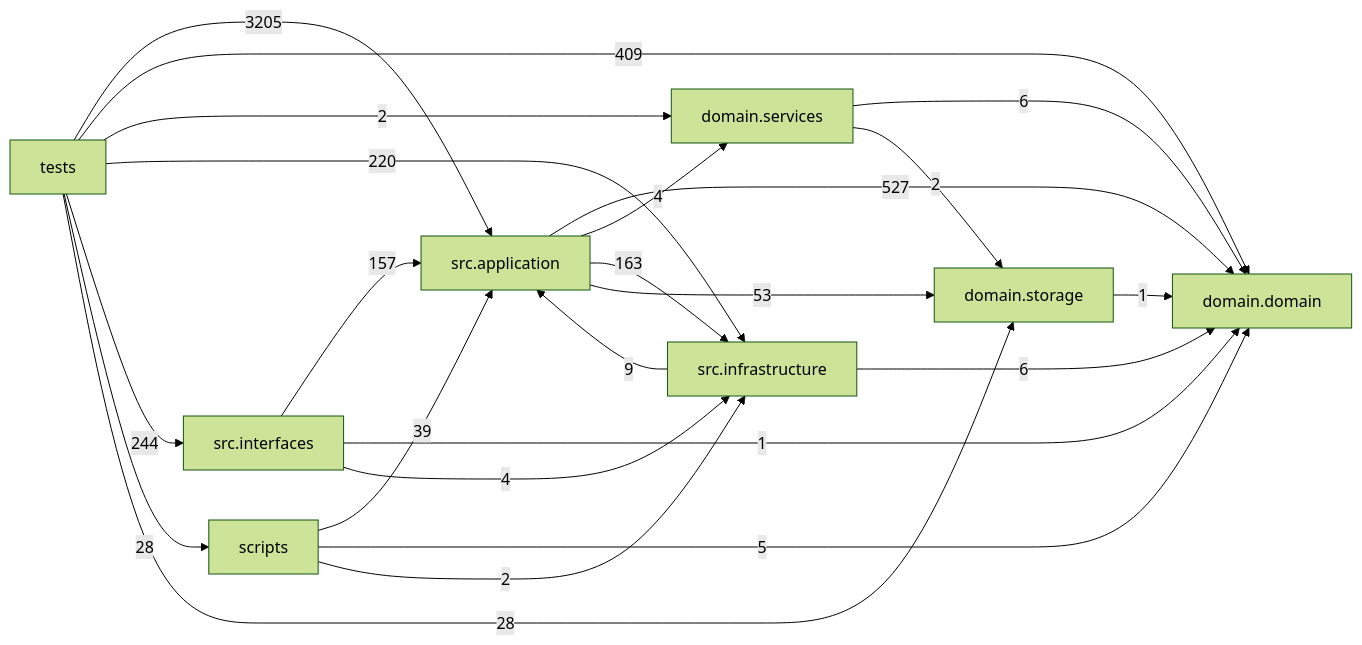
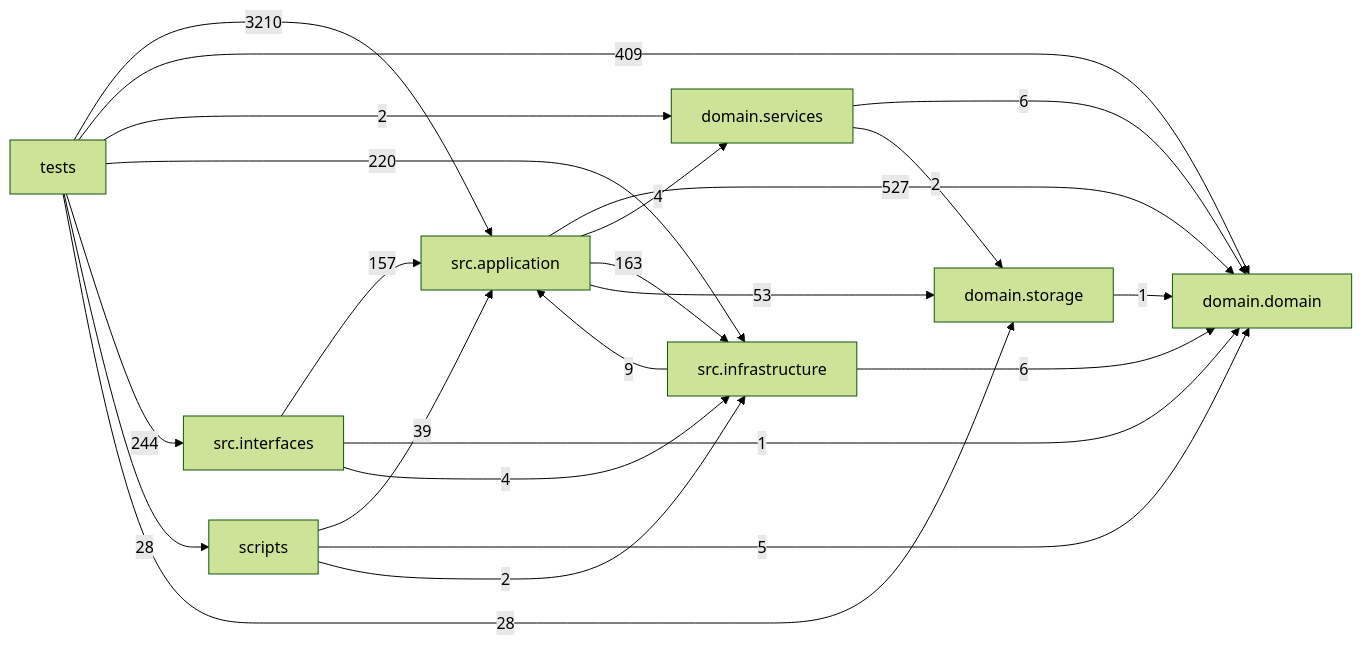
One commit to liuxie066/options-monitor changed the diagram in docs/DEPENDENCY_GRAPH.md. Above: the diagram before and after it, drawn with Mermaid (forest theme). The commit also changed other lines of this file and 3 other files, not shown here.

````diff
--- a/docs/DEPENDENCY_GRAPH.md
+++ b/docs/DEPENDENCY_GRAPH.md
@@ -24,33 +24,33 @@
 ```mermaid
 flowchart LR
   tests["tests"]
   scripts["scripts"]
   interfaces["src.interfaces"]
   application["src.application"]
   infrastructure["src.infrastructure"]
   domain_services["domain.services"]
   domain["domain.domain"]
   storage["domain.storage"]
   application -->|527| domain
   application -->|4| domain_services
   application -->|163| infrastructure
   application -->|53| storage
   domain_services -->|6| domain
   domain_services -->|2| storage
   infrastructure -->|9| application
   infrastructure -->|6| domain
   interfaces -->|157| application
   interfaces -->|1| domain
   interfaces -->|4| infrastructure
   scripts -->|39| application
   scripts -->|5| domain
   scripts -->|2| infrastructure
   storage -->|1| domain
-  tests -->|3205| application
+  tests -->|3210| application
   tests -->|409| domain
   tests -->|2| domain_services
   tests -->|220| infrastructure
   tests -->|244| interfaces
   tests -->|28| scripts
   tests -->|28| storage
 ```
````
